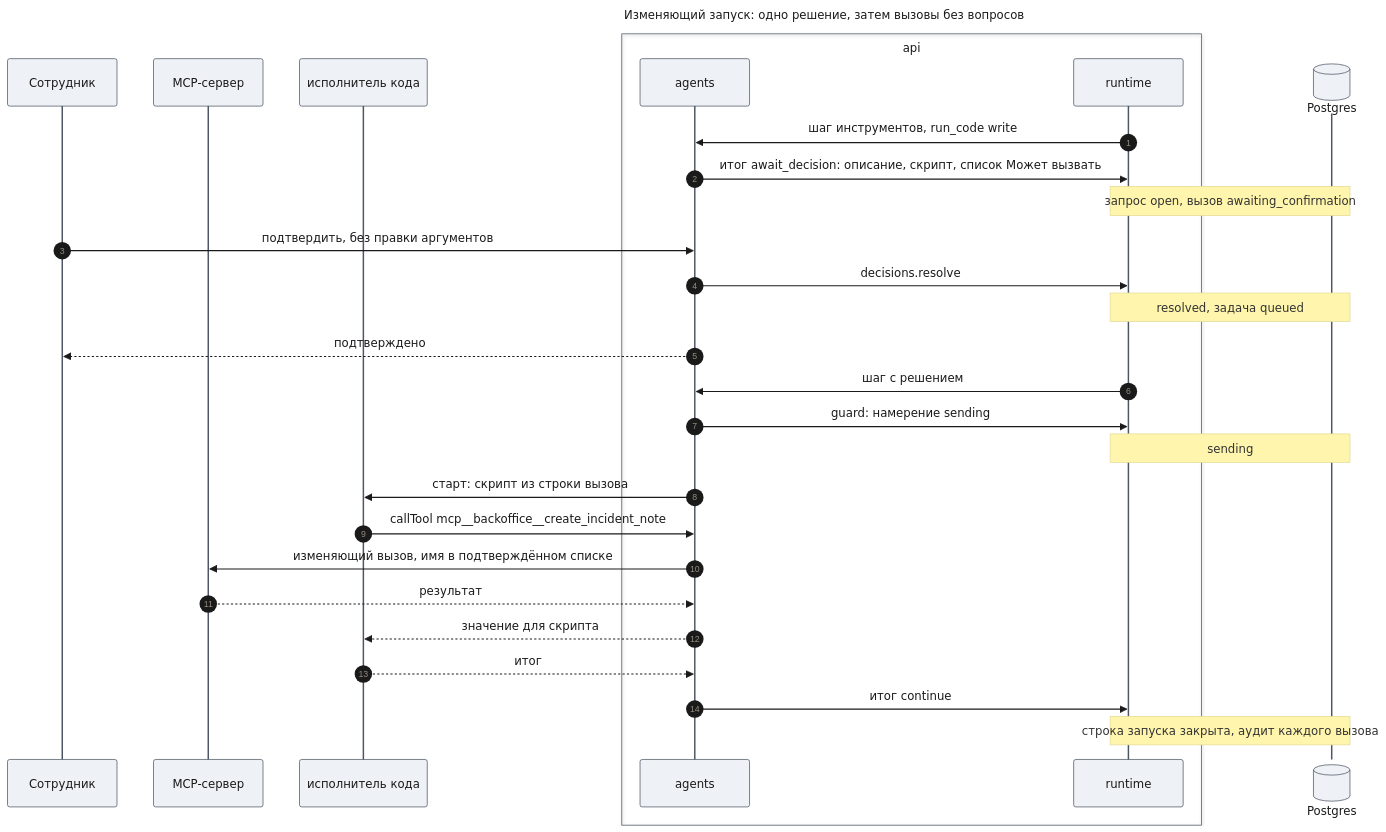
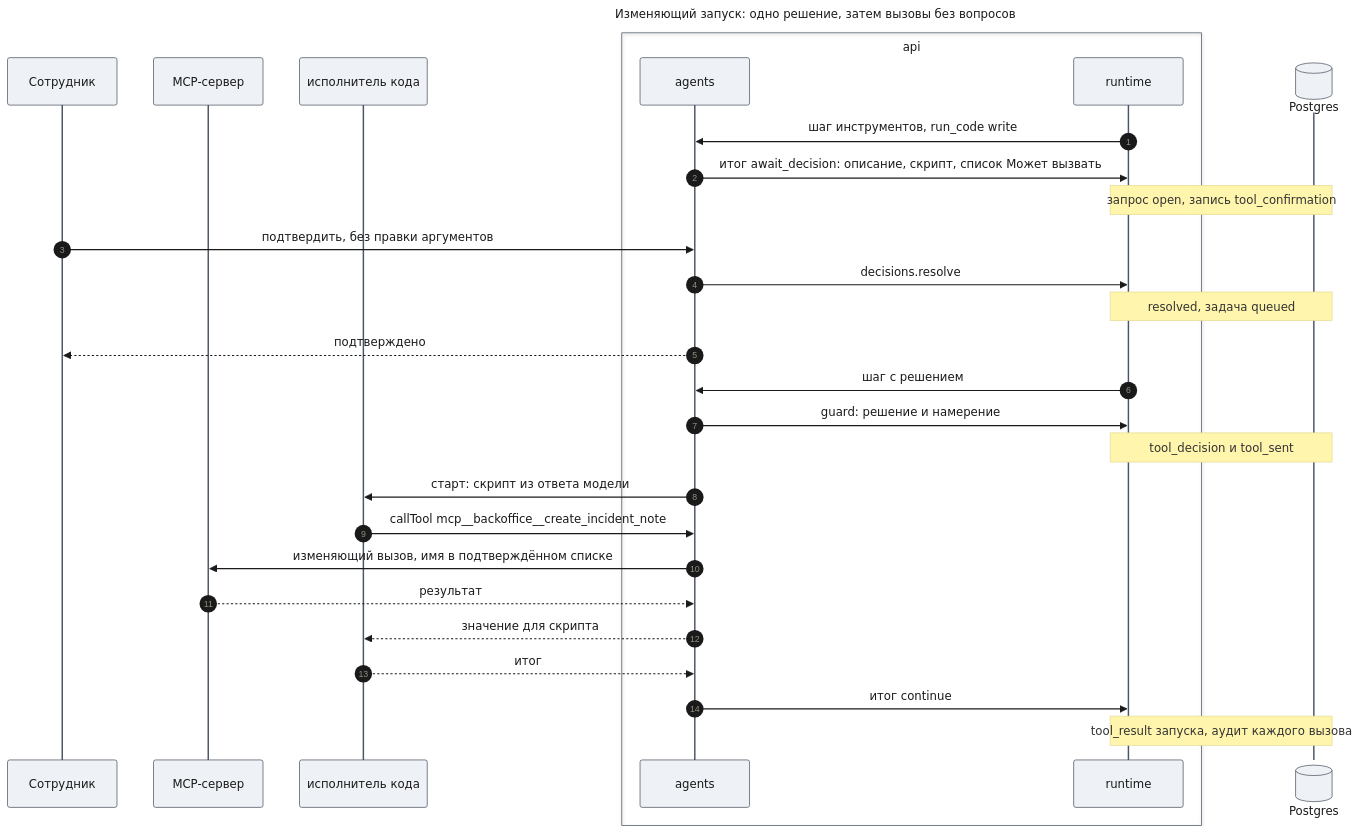
Before and after one commit to tundraray/agent-os: the seventh of 11 diagrams in docs/features/code-execution/design-code-execution.md, drawn with Mermaid. The commit also changed other lines of this file and 420 other files, not shown here.

````diff
--- a/docs/features/code-execution/design-code-execution.md
+++ b/docs/features/code-execution/design-code-execution.md
@@ -571,58 +571,58 @@
 ```mermaid
 ---
 title: "Изменяющий запуск: одно решение, затем вызовы без вопросов"
 config:
   theme: base
   look: classic
   themeVariables:
     primaryColor: "#eef1f5"
     primaryBorderColor: "#4b5563"
     primaryTextColor: "#1a1a1a"
     lineColor: "#6b7280"
   themeCSS: |
     @keyframes lit_ce3{0%,6.43%{stroke:#991b1b;stroke-width:6px}7.14%,100%{stroke:#37474f;stroke-width:2px}}
     @keyframes litr_ce3{0%,6.43%{stroke:#1d4ed8;stroke-width:6px}7.14%,100%{stroke:#37474f;stroke-width:2px}}
     .messageLine0[data-id='i1'],.messageLine1[data-id='i1']{animation:lit_ce3 16.8s linear 0s infinite}
     .messageLine0[data-id='i2'],.messageLine1[data-id='i2']{animation:lit_ce3 16.8s linear 1.2s infinite}
     .messageLine0[data-id='i4'],.messageLine1[data-id='i4']{animation:lit_ce3 16.8s linear 2.4s infinite}
     .messageLine0[data-id='i5'],.messageLine1[data-id='i5']{animation:lit_ce3 16.8s linear 3.6s infinite}
     .messageLine0[data-id='i7'],.messageLine1[data-id='i7']{animation:litr_ce3 16.8s linear 4.8s infinite}
     .messageLine0[data-id='i8'],.messageLine1[data-id='i8']{animation:lit_ce3 16.8s linear 6s infinite}
     .messageLine0[data-id='i9'],.messageLine1[data-id='i9']{animation:lit_ce3 16.8s linear 7.2s infinite}
     .messageLine0[data-id='i11'],.messageLine1[data-id='i11']{animation:lit_ce3 16.8s linear 8.4s infinite}
     .messageLine0[data-id='i12'],.messageLine1[data-id='i12']{animation:lit_ce3 16.8s linear 9.6s infinite}
     .messageLine0[data-id='i13'],.messageLine1[data-id='i13']{animation:lit_ce3 16.8s linear 10.8s infinite}
     .messageLine0[data-id='i14'],.messageLine1[data-id='i14']{animation:litr_ce3 16.8s linear 12s infinite}
     .messageLine0[data-id='i15'],.messageLine1[data-id='i15']{animation:litr_ce3 16.8s linear 13.2s infinite}
     .messageLine0[data-id='i16'],.messageLine1[data-id='i16']{animation:litr_ce3 16.8s linear 14.4s infinite}
     .messageLine0[data-id='i17'],.messageLine1[data-id='i17']{animation:lit_ce3 16.8s linear 15.6s infinite}
 ---
 sequenceDiagram
     autonumber
     participant C as Сотрудник
     participant X as MCP-сервер
     participant CR as исполнитель кода
     box api
     participant AG as agents
     participant RT as runtime
     end
     participant DB@{ "type": "database" } as Postgres
     RT->>AG: шаг инструментов, run_code write
     AG->>RT: итог await_decision: описание, скрипт, список Может вызвать
-    Note over RT,DB: запрос open, вызов awaiting_confirmation
+    Note over RT,DB: запрос open, запись tool_confirmation
     C->>AG: подтвердить, без правки аргументов
     AG->>RT: decisions.resolve
     Note over RT,DB: resolved, задача queued
     AG-->>C: подтверждено
     RT->>AG: шаг с решением
-    AG->>RT: guard: намерение sending
-    Note over RT,DB: sending
-    AG->>CR: старт: скрипт из строки вызова
+    AG->>RT: guard: решение и намерение
+    Note over RT,DB: tool_decision и tool_sent
+    AG->>CR: старт: скрипт из ответа модели
     CR->>AG: callTool mcp__backoffice__create_incident_note
     AG->>X: изменяющий вызов, имя в подтверждённом списке
     X-->>AG: результат
     AG-->>CR: значение для скрипта
     CR-->>AG: итог
     AG->>RT: итог continue
-    Note over RT,DB: строка запуска закрыта, аудит каждого вызова
+    Note over RT,DB: tool_result запуска, аудит каждого вызова
 ```
````
